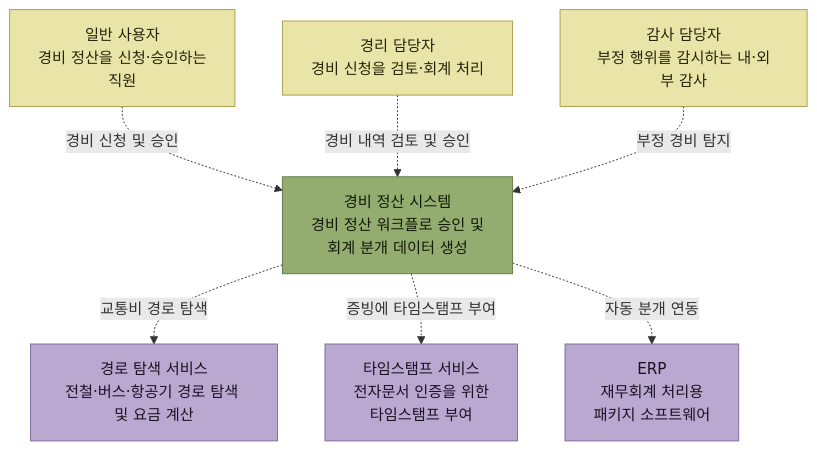
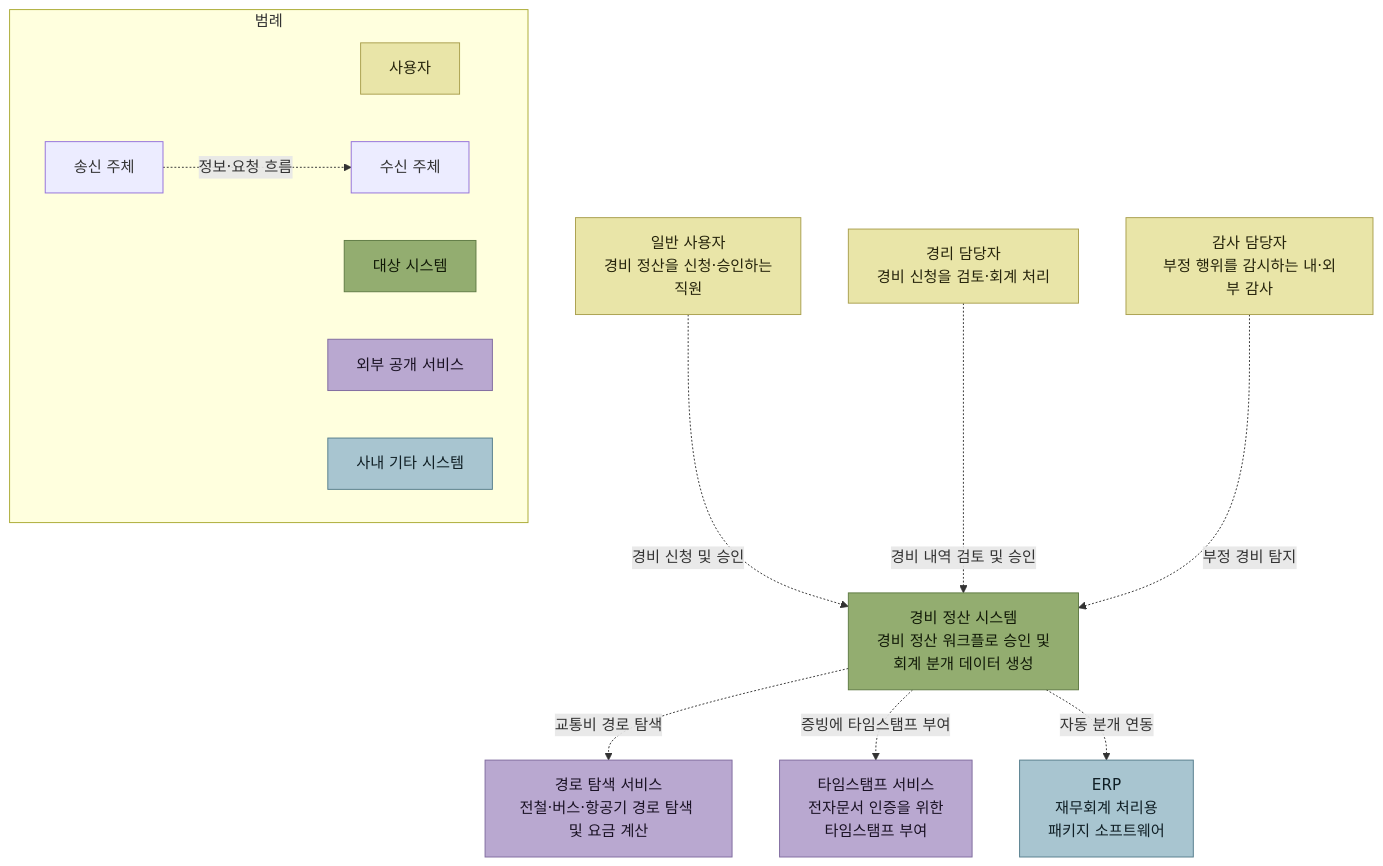
Before and after one commit to devholic22/logistics-backend-study: the third of 3 diagrams in books/아키텍트-첫걸음/3-아키텍처-설계/6-아키텍처-문서화.md, drawn with Mermaid. The commit also changed other lines of this file and 3 other files, not shown here.

Commit message:
docs: address architecture design review

````diff
--- a/books/아키텍트-첫걸음/3-아키텍처-설계/6-아키텍처-문서화.md
+++ b/books/아키텍트-첫걸음/3-아키텍처-설계/6-아키텍처-문서화.md
@@ -158,29 +158,39 @@
 ```mermaid
 flowchart TB
 %% lint: layout   시스템과 외부 엔티티의 관계를 보여주는 컨텍스트 다이어그램이다
 %% lint-ok: BARE-NOUN  원서 [그림 3.27]의 라벨을 그대로 옮긴 것이므로 바꾸지 않는다
 %% lint-ok: LABEL-JAM  세 액터가 대상 시스템으로 모이는 원서의 배치다. 렌더 결과에서 라벨이 겹치지 않는 것을 확인했다
     U1["일반 사용자<br/>경비 정산을 신청·승인하는<br/>직원"]
     U2["경리 담당자<br/>경비 신청을 검토·회계 처리"]
     U3["감사 담당자<br/>부정 행위를 감시하는 내·외부 감사"]
 
     SYS["경비 정산 시스템<br/>경비 정산 워크플로 승인 및<br/>회계 분개 데이터 생성"]
 
     ROUTE["경로 탐색 서비스<br/>전철·버스·항공기 경로 탐색 및 요금 계산"]
     TS["타임스탬프 서비스<br/>전자문서 인증을 위한<br/>타임스탬프 부여"]
     ERP["ERP<br/>재무회계 처리용<br/>패키지 소프트웨어"]
 
+    subgraph LEGEND["범례"]
+        L_USER["사용자"]
+        L_SYS["대상 시스템"]
+        L_PUBLIC["외부 공개 서비스"]
+        L_INTERNAL["사내 기타 시스템"]
+        L_FROM["송신 주체"] -. "정보·요청 흐름" .-> L_TO["수신 주체"]
+    end
+
     U1 -. "경비 신청 및 승인" .-> SYS
     U2 -. "경비 내역 검토 및 승인" .-> SYS
     U3 -. "부정 경비 탐지" .-> SYS
     SYS -. "교통비 경로 탐색" .-> ROUTE
     SYS -. "증빙에 타임스탬프 부여" .-> TS
     SYS -. "자동 분개 연동" .-> ERP
 
     classDef core fill:#93ad70,stroke:#5f7a44,color:#121a08
     classDef sys fill:#e9e5a8,stroke:#a99f4d,color:#26240c
-    classDef ext fill:#b9a8d0,stroke:#7f6a9e,color:#1a1224
-    class SYS core
-    class U1,U2,U3 sys
-    class ROUTE,TS,ERP ext
+    classDef public fill:#b9a8d0,stroke:#7f6a9e,color:#1a1224
+    classDef internal fill:#a8c5d0,stroke:#557d8c,color:#101f25
+    class SYS,L_SYS core
+    class U1,U2,U3,L_USER sys
+    class ROUTE,TS,L_PUBLIC public
+    class ERP,L_INTERNAL internal
 ```
````
